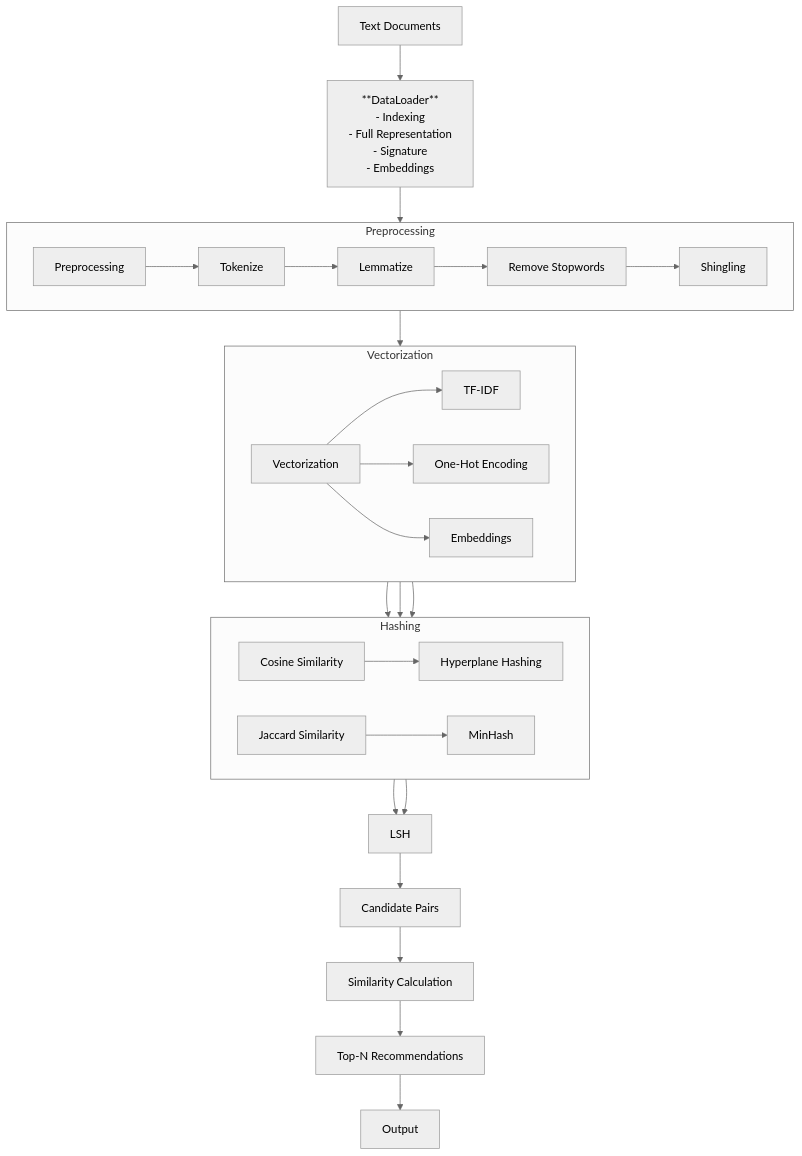
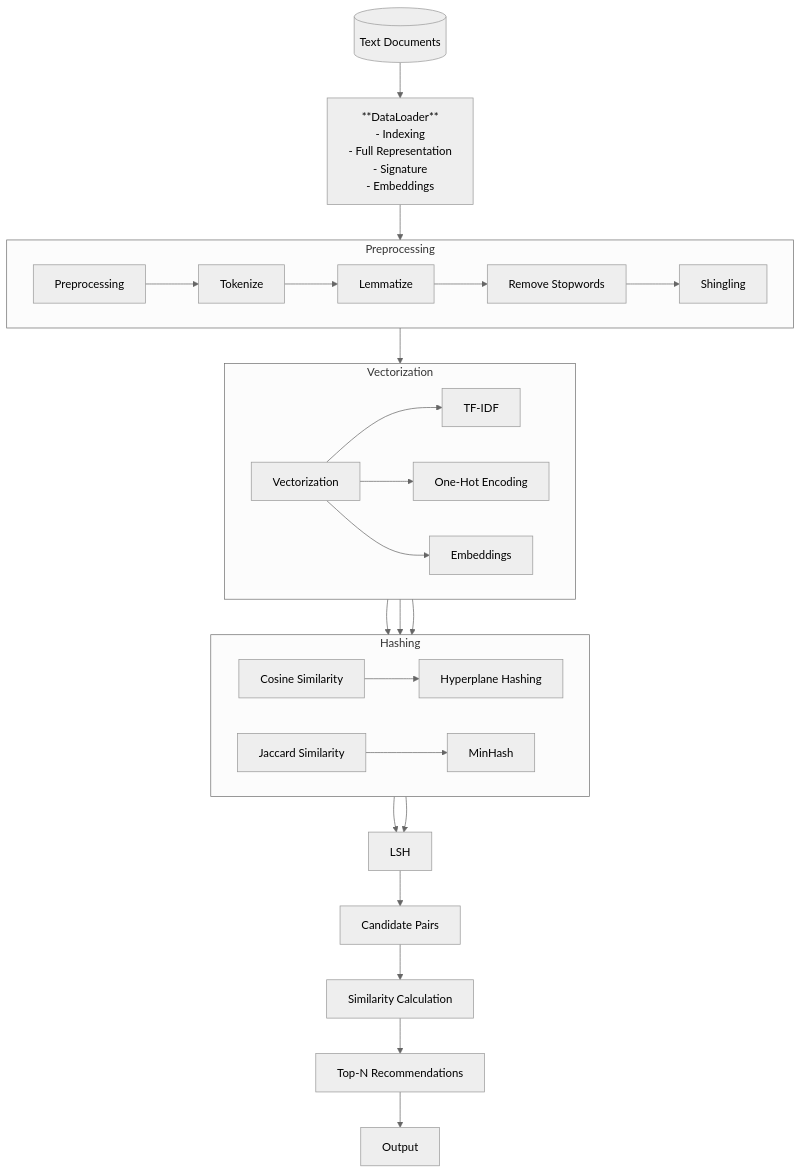
One commit to mxngjxa/lshrs changed the diagram in README.md. Above: the diagram before and after it, drawn with Mermaid (neutral theme). The commit also changed 1 other file, not shown here.

Commit message:
poetry support init

````diff
--- a/README.md
+++ b/README.md
@@ -89,52 +89,52 @@
 ```mermaid
 ---
 config:
   layout: dagre
 ---
 flowchart TD
 
-    A["Text Documents"]
+    A[("Text Documents")]
     A --> B["**DataLoader**
     - Indexing
     - Full Representation
     - Signature
     - Embeddings"]
 
     B --> C["Preprocessing"]
 
     subgraph Preprocessing
         direction LR
         C --> D["Tokenize"]
         D --> E["Lemmatize"]
         E --> F["Remove Stopwords"]
         F --> G["Shingling"]
     end
 
     C --> H["Vectorization"]
 
     subgraph Vectorization
         direction LR
         H --> I["TF-IDF"]
         H --> J["One-Hot Encoding"]
         H --> K["Embeddings"]
     end
 
     I --> L["Cosine Similarity"]
     J --> M["Jaccard Similarity"]
     K --> L
 
     subgraph Hashing
         direction LR
         L --> N["Hyperplane Hashing"]
         M --> O["MinHash"]
     end
 
     N --> P["LSH"]
     O --> P
 
     P --> Q["Candidate Pairs"]
     Q --> R["Similarity Calculation"]
     R --> S["Top-N Recommendations"]
 
     S --> T["Output"]
 ```
````
